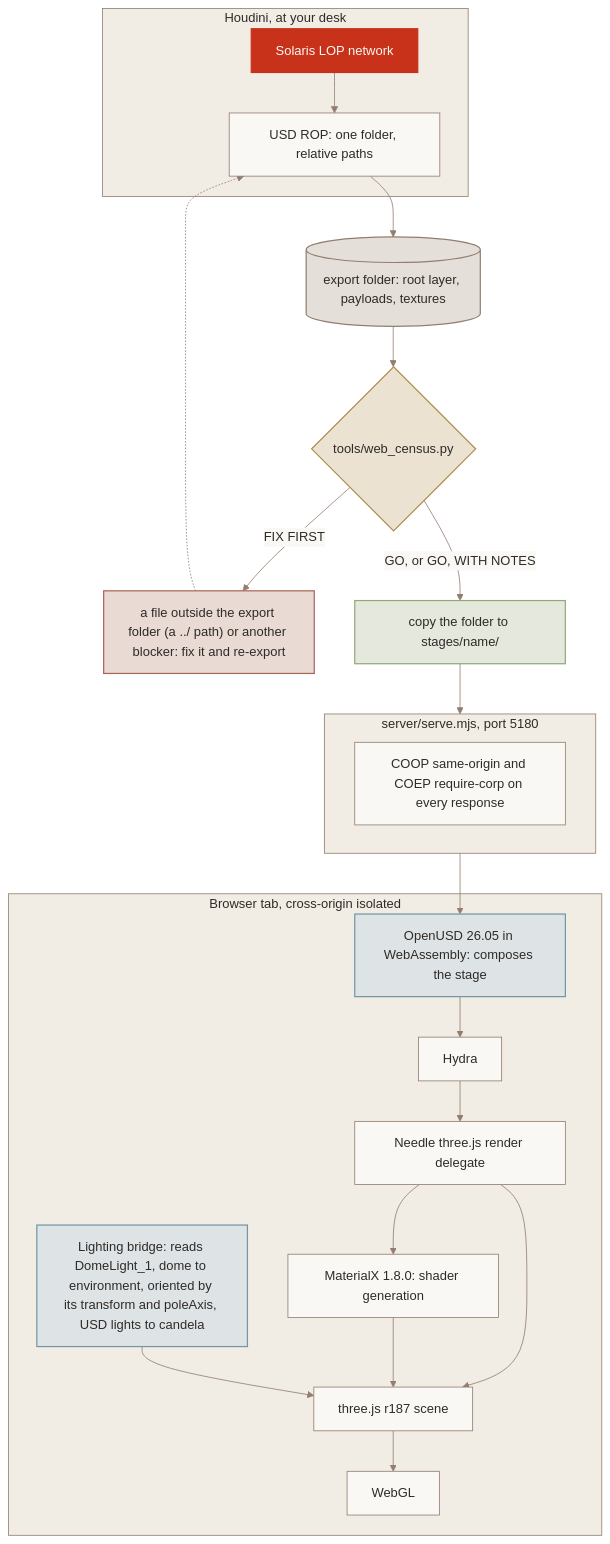
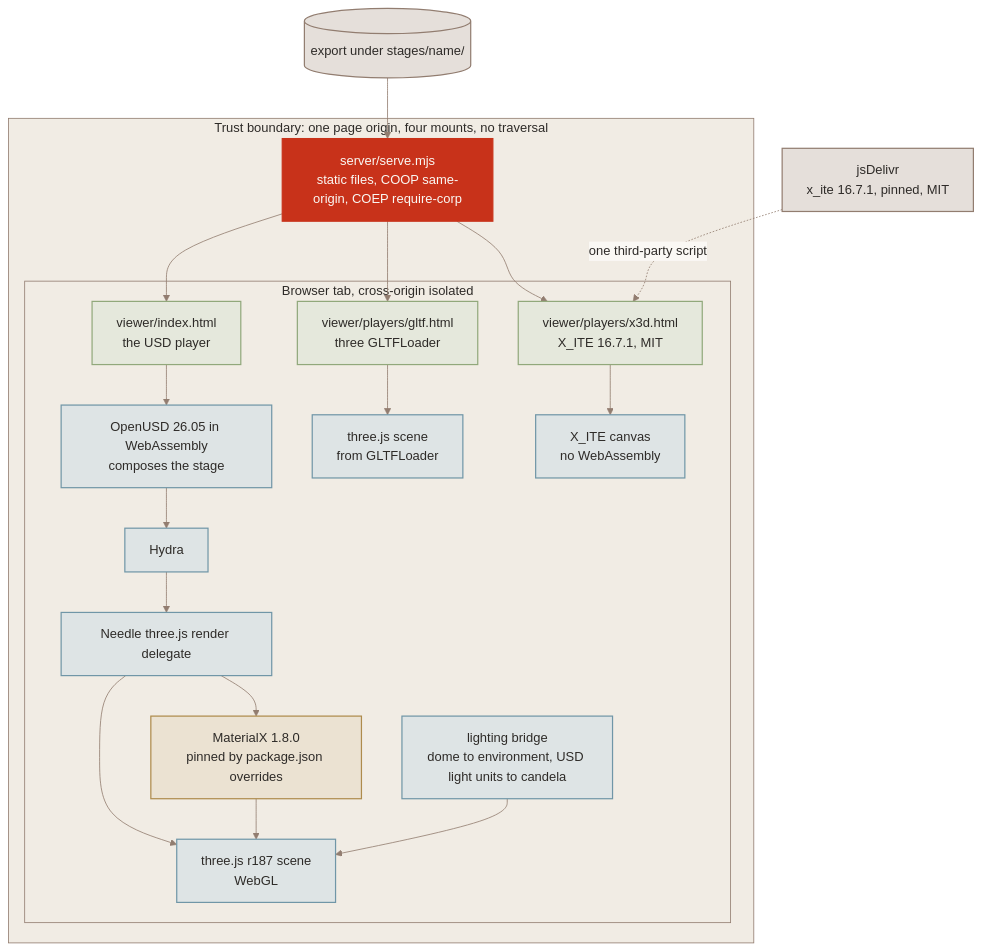
One commit to JosephOIbrahim/Solaris-to-Three.js changed the diagram in docs/architecture.md. Above: the diagram before and after it, drawn with Mermaid. The commit also changed other lines of this file and 1 other file, not shown here.

Commit message:
docs(readme): refresh for 0.5.0 and four formats
Update the status, deck and documentation links for 0.5.0. Document the four formats, the animation and look data each carries, the fixture tools, and the profiles and writers folders. Replace the pipeline diagram and add the browser-side diagram, both on the house Mermaid theme, with the report gate and the trust boundary shown.

````diff
--- a/docs/architecture.md
+++ b/docs/architecture.md
@@ -13,32 +15,42 @@
 ```mermaid
 %%{init: {"theme": "base", "themeVariables": {"fontFamily": "Archivo, BlinkMacSystemFont, Segoe UI, Roboto, Helvetica Neue, Helvetica, Arial, Noto Sans, Liberation Sans, DejaVu Sans", "fontSize": "16px", "primaryColor": "#FAF8F4", "primaryTextColor": "#2E2B28", "primaryBorderColor": "#927D70", "secondaryColor": "#F1ECE4", "tertiaryColor": "#F1ECE4", "lineColor": "#927D70", "arrowheadColor": "#927D70", "textColor": "#83776D", "nodeTextColor": "#2E2B28", "clusterBkg": "#F1ECE4", "clusterBorder": "#927D70", "titleColor": "#2E2B28", "edgeLabelBackground": "#FAF8F4", "noteBkgColor": "#F1ECE4", "noteTextColor": "#2E2B28", "noteBorderColor": "#927D70"}}}%%
 flowchart TB
-  subgraph desk["Houdini, at your desk"]
-    lop["Solaris LOP network"]:::accent --> rop["USD ROP: one folder, relative paths"]
+  folder[("export under stages/name/")]:::umber
+  subgraph trust["Trust boundary: one page origin, four mounts, no traversal"]
+    server["server/serve.mjs<br/>static files, COOP same-origin, COEP require-corp"]:::accent
+    subgraph tab["Browser tab, cross-origin isolated"]
+      viewer["viewer/index.html<br/>the USD player"]:::moss
+      gltf["viewer/players/gltf.html<br/>three GLTFLoader"]:::moss
+      x3d["viewer/players/x3d.html<br/>X_ITE 16.7.1, MIT"]:::moss
+      wasm["OpenUSD 26.05 in WebAssembly<br/>composes the stage"]:::stone
+      hydra["Hydra"]:::stone
+      delegate["Needle three.js render delegate"]:::stone
+      mtlx["MaterialX 1.8.0<br/>pinned by package.json overrides"]:::ochre
+      scene["three.js r187 scene<br/>WebGL"]:::stone
+      bridge["lighting bridge<br/>dome to environment, USD light units to candela"]:::stone
+      gltfscene["three.js scene<br/>from GLTFLoader"]:::stone
+      xscene["X_ITE canvas<br/>no WebAssembly"]:::stone
+    end
   end
-  rop --> folder[("export folder: root layer, payloads, textures")]:::umber
-  folder --> census{"tools/web_census.py"}:::ochre
-  census -->|FIX FIRST| outside["a file outside the export folder (a ../ path) or another blocker: fix it and re-export"]:::clay
-  outside -.-> rop
-  census -->|"GO, or GO, WITH NOTES"| stages["copy the folder to stages/name/"]:::moss
-  stages --> server
-  subgraph server["server/serve.mjs, port 5180"]
-    headers["COOP same-origin and COEP require-corp on every response"]
-  end
-  server --> wasm
-  subgraph tab["Browser tab, cross-origin isolated"]
-    wasm["OpenUSD 26.05 in WebAssembly: composes the stage"]:::stone --> hydra["Hydra"]
-    hydra --> delegate["Needle three.js render delegate"]
-    delegate --> mtlx["MaterialX 1.8.0: shader generation"]
-    delegate --> scene["three.js r187 scene"]
-    mtlx --> scene
-    bridge["Lighting bridge: reads DomeLight_1, dome to environment, oriented by its transform and poleAxis, USD lights to candela"]:::stone --> scene
-    scene --> webgl["WebGL"]
-  end
+  cdn["jsDelivr<br/>x_ite 16.7.1, pinned, MIT"]:::umber
+  folder --> server
+  server --> viewer
+  server --> gltf
+  server --> x3d
+  viewer --> wasm
+  wasm --> hydra
+  hydra --> delegate
+  delegate --> mtlx
+  delegate --> scene
+  mtlx --> scene
+  bridge --> scene
+  gltf --> gltfscene
+  x3d --> xscene
+  cdn -.->|"one third-party script"| x3d
   classDef stone fill:#DEE4E5,stroke:#7096A7,stroke-width:1.5px,color:#2E2B28
   classDef moss fill:#E5E8DC,stroke:#91A87B,stroke-width:1.5px,color:#2E2B28
   classDef ochre fill:#EBE2D2,stroke:#AE8B4C,stroke-width:1.5px,color:#2E2B28
   classDef clay fill:#EADAD4,stroke:#AA6455,stroke-width:1.5px,color:#2E2B28
   classDef umber fill:#E5DFDA,stroke:#927D70,stroke-width:1.5px,color:#2E2B28
   classDef accent fill:#C8321A,stroke:#C8321A,stroke-width:1.5px,color:#FAF8F4
 ```
````
